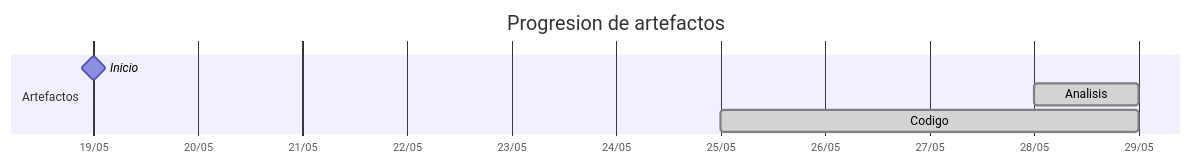
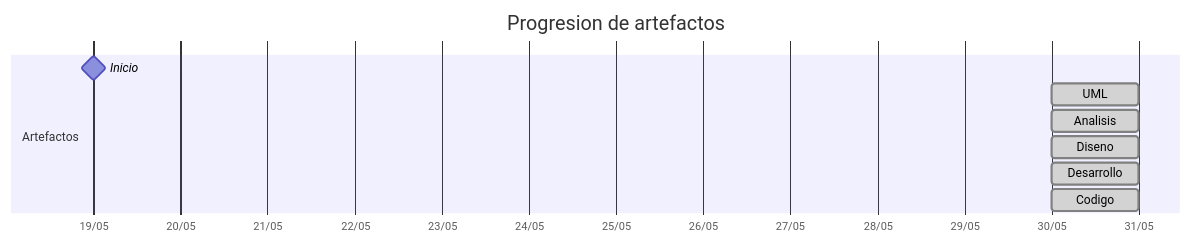
Before and after one commit to carlos-alvarado-25/25-26-idsw2-sdVC: the diagram in TIMELINES/manuelmunoz8.md, drawn with Mermaid. The commit also changed other lines of this file and 10 other files, not shown here.

````diff
--- a/TIMELINES/manuelmunoz8.md
+++ b/TIMELINES/manuelmunoz8.md
@@ -20,10 +20,13 @@
 ```mermaid
 gantt
     title Progresion de artefactos
     dateFormat YYYY-MM-DD
     axisFormat %d/%m
     section Artefactos
         Inicio       :milestone, 2026-05-19, 0d
-        Analisis     :done, 2026-05-28, 2026-05-29
-        Codigo       :done, 2026-05-25, 2026-05-29
+        UML          :done, 2026-05-30, 2026-05-31
+        Analisis     :done, 2026-05-30, 2026-05-31
+        Diseno       :done, 2026-05-30, 2026-05-31
+        Desarrollo   :done, 2026-05-30, 2026-05-31
+        Codigo       :done, 2026-05-30, 2026-05-31
 ```
````
